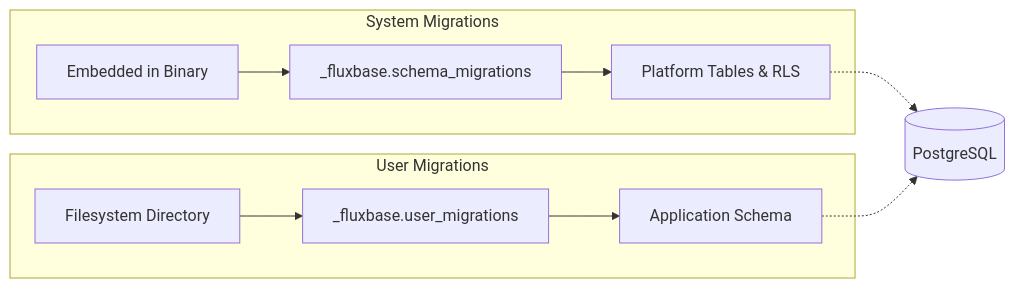
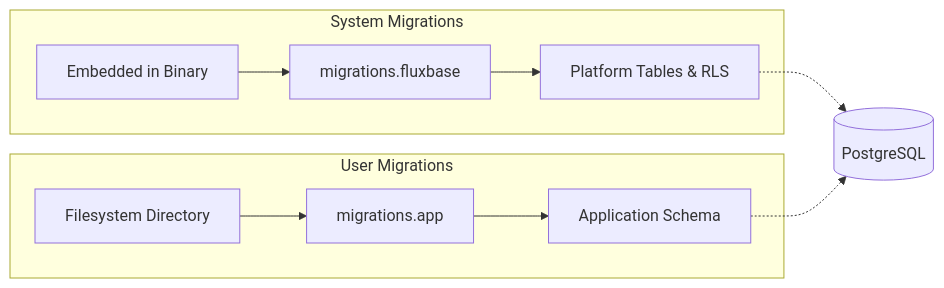
The first of 2 diagrams in docs/src/content/docs/guides/database-migrations.md (wayli-app/fluxbase), drawn with Mermaid before and after one commit. The commit also changed other lines of this file and 28 other files, not shown here.

````diff
--- a/docs/src/content/docs/guides/database-migrations.md
+++ b/docs/src/content/docs/guides/database-migrations.md
@@ -23,15 +23,15 @@
 ```mermaid
 graph LR
     subgraph "System Migrations"
-        S1[Embedded in Binary] --> S2[_fluxbase.schema_migrations]
+        S1[Embedded in Binary] --> S2[migrations.fluxbase]
         S2 --> S3[Platform Tables & RLS]
     end
 
     subgraph "User Migrations"
-        U1[Filesystem Directory] --> U2[_fluxbase.user_migrations]
+        U1[Filesystem Directory] --> U2[migrations.app]
         U2 --> U3[Application Schema]
     end
 
     S3 -.-> DB[(PostgreSQL)]
     U3 -.-> DB
 ```
````
